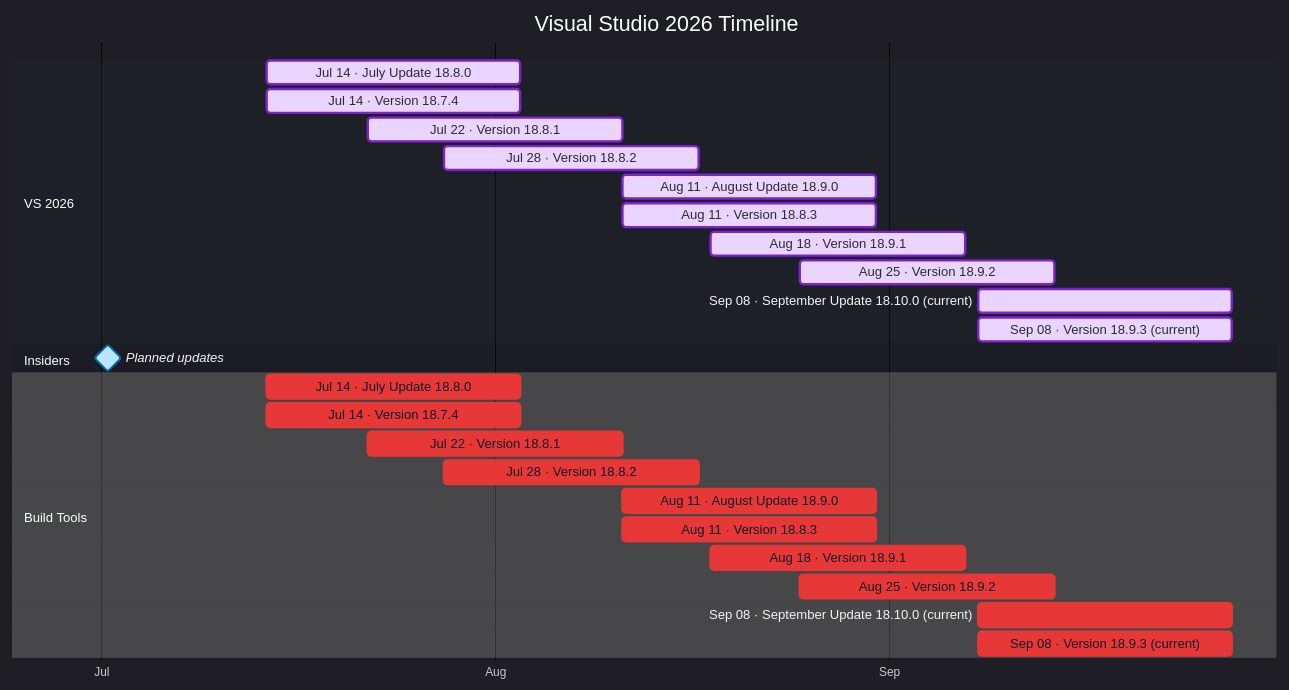
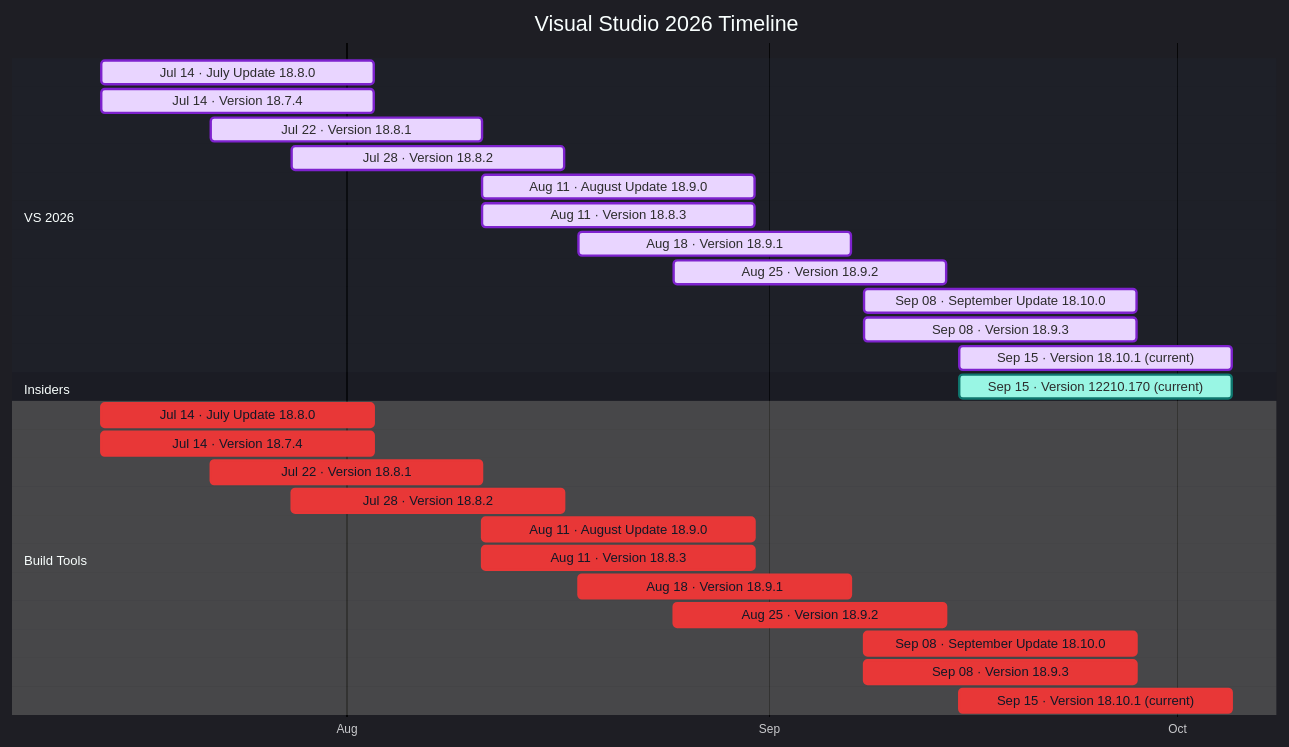
One commit to Oxelya-DevTools/VisualStudioUpdate changed the diagram in docs/visual-studio-2026.md. Above: the diagram before and after it, drawn with Mermaid. The commit also changed other lines of this file and 3 other files, not shown here.

````diff
--- a/docs/visual-studio-2026.md
+++ b/docs/visual-studio-2026.md
@@ -9,32 +9,34 @@
 ```mermaid
 %%{init: {'theme':'dark','themeVariables': { 'fontFamily': 'Segoe UI', 'fontSize': '24px', 'textColor': '#F3F4F6', 'titleTextColor': '#FFFFFF', 'taskTextColor': '#111827', 'taskTextLightColor': '#111827', 'taskTextOutsideColor': '#F3F4F6', 'taskBkgColor': '#BAE6FD', 'taskBorderColor': '#0369A1', 'doneTaskBkgColor': '#E9D5FF', 'doneTaskBorderColor': '#7E22CE', 'activeTaskBkgColor': '#99F6E4', 'activeTaskBorderColor': '#0F766E', 'critTaskBkgColor': '#FED7AA', 'critTaskBorderColor': '#C2410C', 'sectionBkgColor': '#1F2937', 'altSectionBkgColor': '#111827', 'gridColor': '#4B5563', 'todayLineColor': '#F87171' }}}%%
 gantt
     title Visual Studio 2026 Timeline
     dateFormat  YYYY-MM-DD
     axisFormat  %b
     tickInterval 1month
     section VS 2026
     Jul 14 · July Update 18.8.0 : done, vs2026202607140, 2026-07-14, 20d
     Jul 14 · Version 18.7.4 : done, vs2026202607141, 2026-07-14, 20d
     Jul 22 · Version 18.8.1 : done, vs2026202607222, 2026-07-22, 20d
     Jul 28 · Version 18.8.2 : done, vs2026202607283, 2026-07-28, 20d
     Aug 11 · August Update 18.9.0 : done, vs2026202608114, 2026-08-11, 20d
     Aug 11 · Version 18.8.3 : done, vs2026202608115, 2026-08-11, 20d
     Aug 18 · Version 18.9.1 : done, vs2026202608186, 2026-08-18, 20d
     Aug 25 · Version 18.9.2 : done, vs2026202608257, 2026-08-25, 20d
-    Sep 08 · September Update 18.10.0 (current) : done, vs2026202609088, 2026-09-08, 20d
-    Sep 08 · Version 18.9.3 (current) : done, vs2026202609089, 2026-09-08, 20d
+    Sep 08 · September Update 18.10.0 : done, vs2026202609088, 2026-09-08, 20d
+    Sep 08 · Version 18.9.3 : done, vs2026202609089, 2026-09-08, 20d
+    Sep 15 · Version 18.10.1 (current) : done, vs20262026091510, 2026-09-15, 20d
     section Insiders
-    Planned updates : milestone, insidersplanned, 2026-07-01, 1d
+    Sep 15 · Version 12210.170 (current) : active, insiders202609150, 2026-09-15, 20d
     section Build Tools
     Jul 14 · July Update 18.8.0 : crit, buildtools202607140, 2026-07-14, 20d
     Jul 14 · Version 18.7.4 : crit, buildtools202607141, 2026-07-14, 20d
     Jul 22 · Version 18.8.1 : crit, buildtools202607222, 2026-07-22, 20d
     Jul 28 · Version 18.8.2 : crit, buildtools202607283, 2026-07-28, 20d
     Aug 11 · August Update 18.9.0 : crit, buildtools202608114, 2026-08-11, 20d
     Aug 11 · Version 18.8.3 : crit, buildtools202608115, 2026-08-11, 20d
     Aug 18 · Version 18.9.1 : crit, buildtools202608186, 2026-08-18, 20d
     Aug 25 · Version 18.9.2 : crit, buildtools202608257, 2026-08-25, 20d
-    Sep 08 · September Update 18.10.0 (current) : crit, buildtools202609088, 2026-09-08, 20d
-    Sep 08 · Version 18.9.3 (current) : crit, buildtools202609089, 2026-09-08, 20d
+    Sep 08 · September Update 18.10.0 : crit, buildtools202609088, 2026-09-08, 20d
+    Sep 08 · Version 18.9.3 : crit, buildtools202609089, 2026-09-08, 20d
+    Sep 15 · Version 18.10.1 (current) : crit, buildtools2026091510, 2026-09-15, 20d
 ```
````
